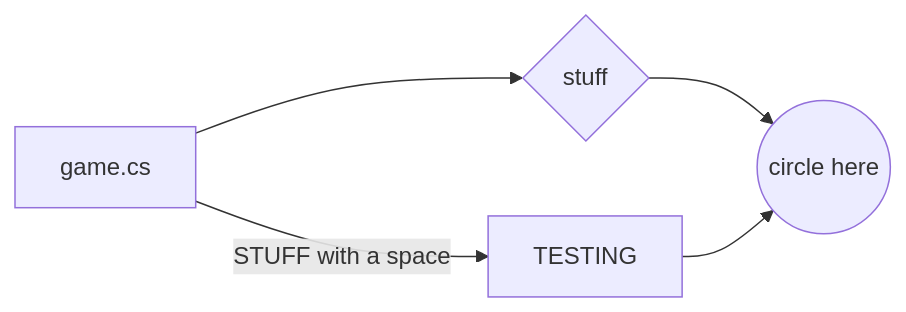
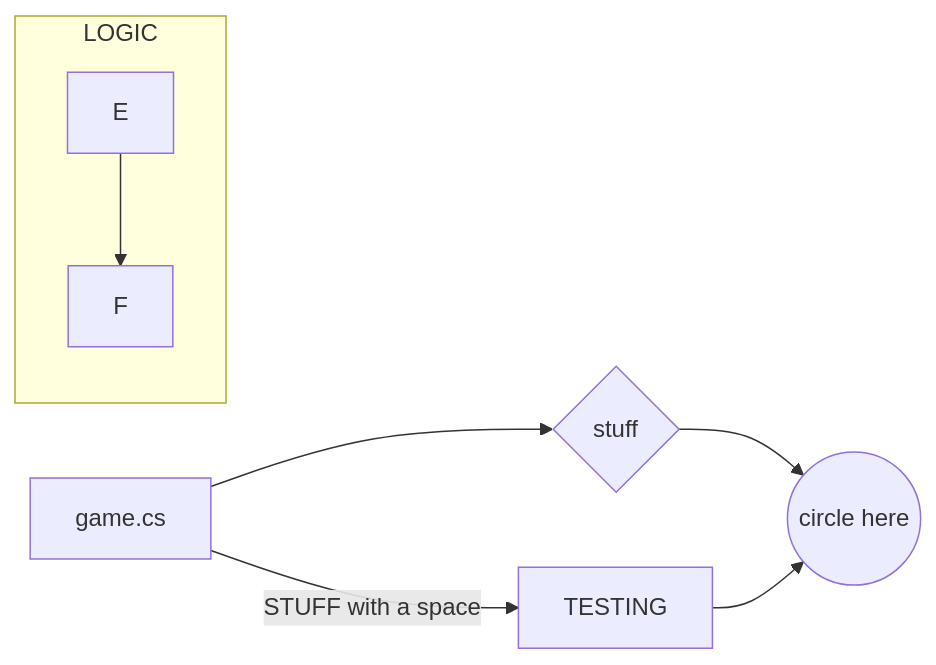
One commit to dconlrn/dconlrn.github.io changed the second of 3 diagrams in merm.md. Above: the diagram before and after it, drawn with Mermaid.

Commit message:
django dep update

```diff
--- a/merm.md
+++ b/merm.md
@@ -23,11 +23,14 @@
 <div class="mermaid"> 
 
 
 graph LR;
     A[game.cs]-->B{stuff};
     A-->|STUFF with a space|C[TESTING];
     B-->D((circle here));
     C-->D;
+    subgraph O[LOGIC];
+    E-->F
+    end;
 
 
 </div> 
```
